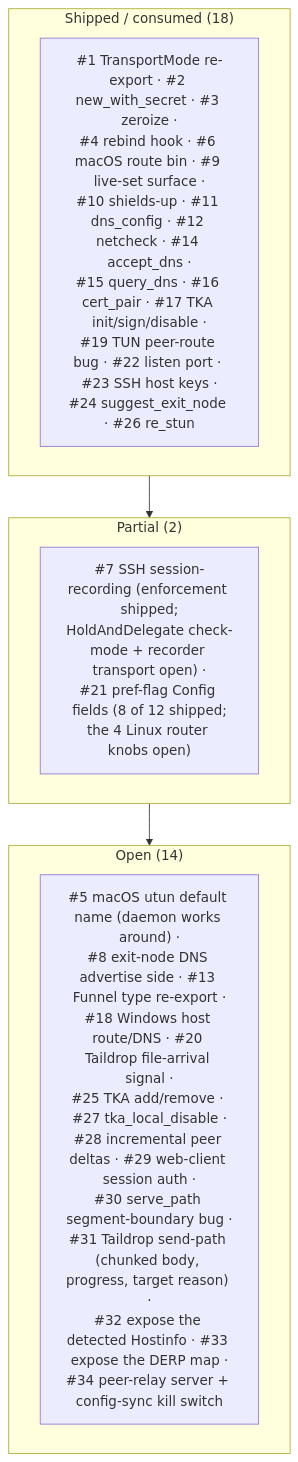
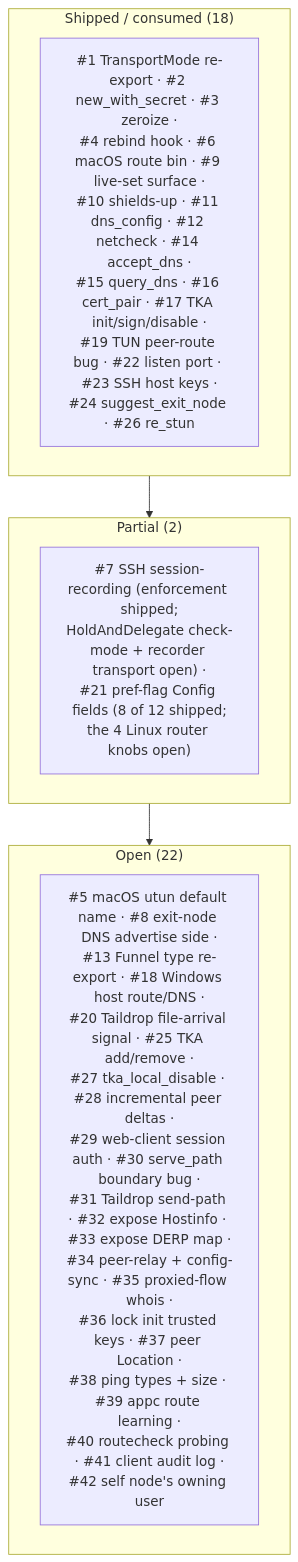
One commit to GeiserX/tailscaled-rs changed the third of 3 diagrams in docs/PARITY_GAP_ANALYSIS.md. Above: the diagram before and after it, drawn with Mermaid. The commit also changed other lines of this file and 2 other files, not shown here.

````diff
--- a/docs/PARITY_GAP_ANALYSIS.md
+++ b/docs/PARITY_GAP_ANALYSIS.md
@@ -285,13 +317,13 @@
 ```mermaid
 flowchart TB
     subgraph SHIPPED["Shipped / consumed (18)"]
         S["#1 TransportMode re-export · #2 new_with_secret · #3 zeroize ·<br/>#4 rebind hook · #6 macOS route bin · #9 live-set surface ·<br/>#10 shields-up · #11 dns_config · #12 netcheck · #14 accept_dns ·<br/>#15 query_dns · #16 cert_pair · #17 TKA init/sign/disable ·<br/>#19 TUN peer-route bug · #22 listen port · #23 SSH host keys ·<br/>#24 suggest_exit_node · #26 re_stun"]
     end
     subgraph PARTIAL["Partial (2)"]
         P["#7 SSH session-recording (enforcement shipped;<br/>HoldAndDelegate check-mode + recorder transport open) ·<br/>#21 pref-flag Config fields (8 of 12 shipped;<br/>the 4 Linux router knobs open)"]
     end
-    subgraph OPEN["Open (14)"]
-        O["#5 macOS utun default name (daemon works around) ·<br/>#8 exit-node DNS advertise side · #13 Funnel type re-export ·<br/>#18 Windows host route/DNS · #20 Taildrop file-arrival signal ·<br/>#25 TKA add/remove · #27 tka_local_disable ·<br/>#28 incremental peer deltas · #29 web-client session auth ·<br/>#30 serve_path segment-boundary bug ·<br/>#31 Taildrop send-path (chunked body, progress, target reason) ·<br/>#32 expose the detected Hostinfo · #33 expose the DERP map ·<br/>#34 peer-relay server + config-sync kill switch"]
+    subgraph OPEN["Open (22)"]
+        O["#5 macOS utun default name · #8 exit-node DNS advertise side ·<br/>#13 Funnel type re-export · #18 Windows host route/DNS ·<br/>#20 Taildrop file-arrival signal · #25 TKA add/remove ·<br/>#27 tka_local_disable · #28 incremental peer deltas ·<br/>#29 web-client session auth · #30 serve_path boundary bug ·<br/>#31 Taildrop send-path · #32 expose Hostinfo · #33 expose DERP map ·<br/>#34 peer-relay + config-sync · #35 proxied-flow whois ·<br/>#36 lock init trusted keys · #37 peer Location ·<br/>#38 ping types + size · #39 appc route learning ·<br/>#40 routecheck probing · #41 client audit log ·<br/>#42 self node's owning user"]
     end
     SHIPPED --> PARTIAL --> OPEN
 ```
````
